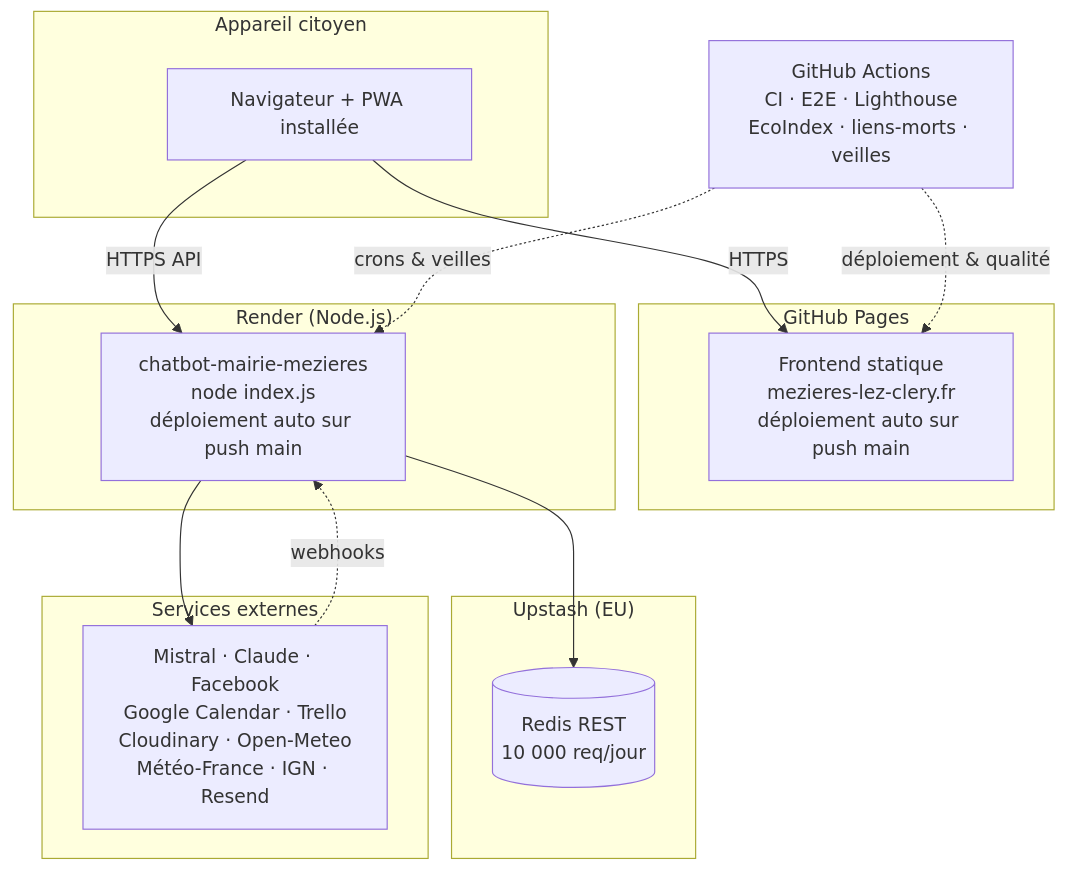
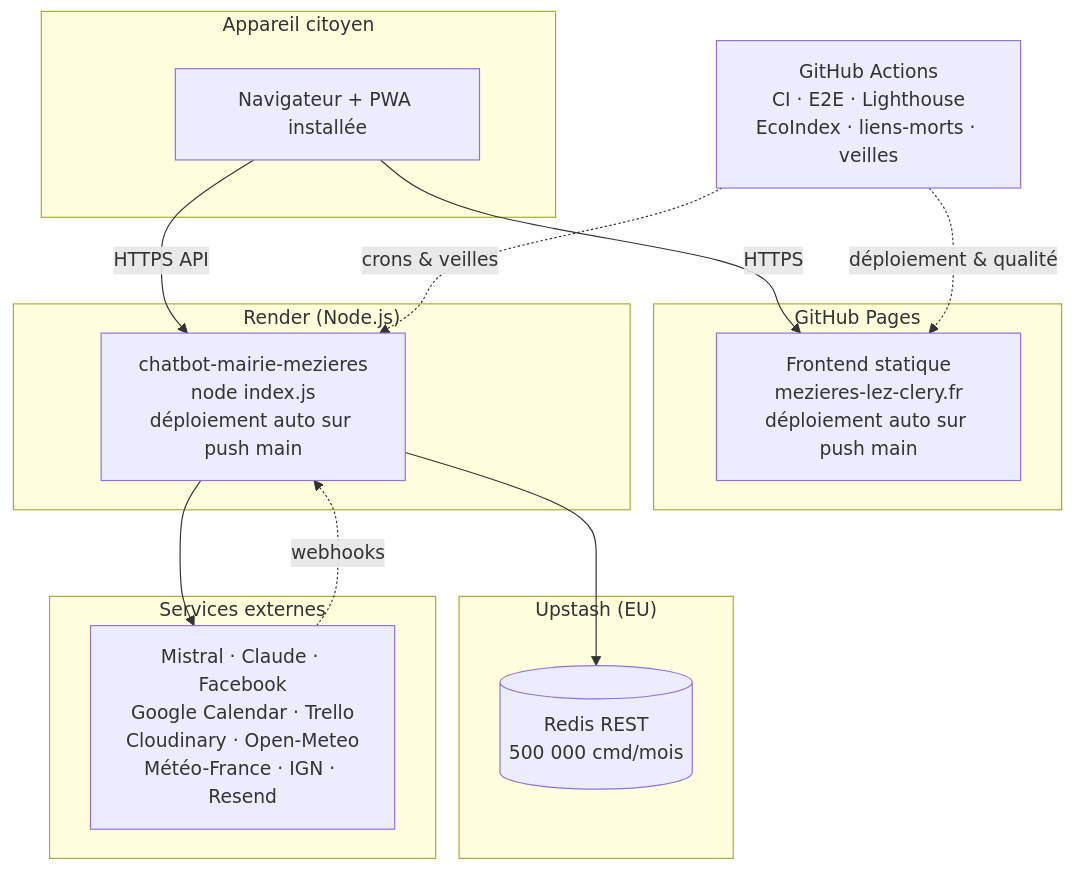
Before and after one commit to mairie-mezieres/app-mezieres: the third of 11 diagrams in docs/architecture.md, drawn with Mermaid. The commit also changed 6 other files, not shown here.

````diff
--- a/docs/architecture.md
+++ b/docs/architecture.md
@@ -114,32 +114,32 @@
 ```mermaid
 flowchart TB
     subgraph device["Appareil citoyen"]
         browser["Navigateur + PWA installée"]
     end
 
     subgraph cf["GitHub Pages"]
         static["Frontend statique<br/>mezieres-lez-clery.fr<br/>déploiement auto sur push main"]
     end
 
     subgraph rnd["Render (Node.js)"]
         api["chatbot-mairie-mezieres<br/>node index.js<br/>déploiement auto sur push main"]
     end
 
     subgraph upstash["Upstash (EU)"]
-        db[("Redis REST<br/>10 000 req/jour")]
+        db[("Redis REST<br/>500 000 cmd/mois")]
     end
 
     subgraph saas["Services externes"]
         apis["Mistral · Claude · Facebook<br/>Google Calendar · Trello<br/>Cloudinary · Open-Meteo<br/>Météo-France · IGN · Resend"]
     end
 
     gha["GitHub Actions<br/>CI · E2E · Lighthouse<br/>EcoIndex · liens-morts · veilles"]
 
     browser -->|HTTPS| static
     browser -->|HTTPS API| api
     api --> db
     api --> apis
     apis -.->|webhooks| api
     gha -.->|déploiement & qualité| static
     gha -.->|crons & veilles| api
 ```
````
